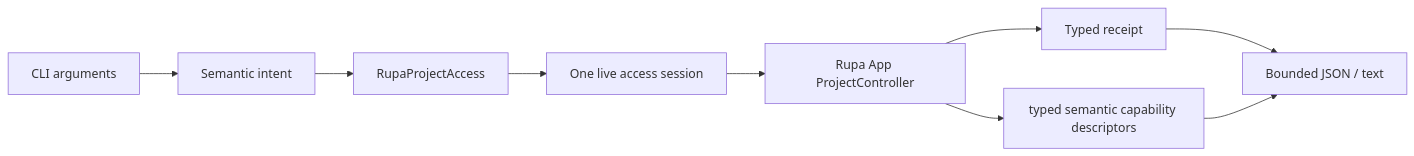
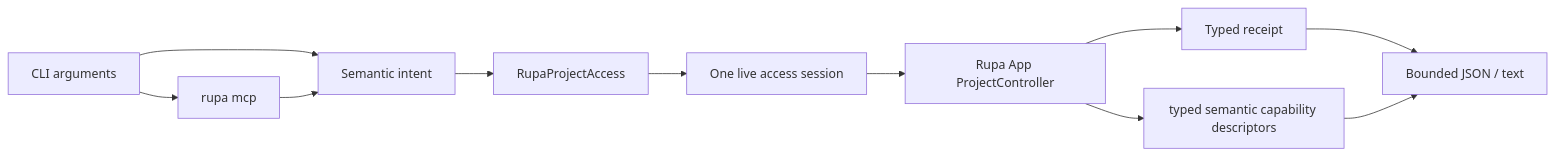
The first of 2 diagrams in RupaKit/Sources/RupaCLIKit/DESIGN.md (1amageek/Rupa), drawn with Mermaid before and after one commit. The commit also changed other lines of this file and 6 other files, not shown here.

Commit message:
Define Rupa MCP integration contract

````diff
--- a/RupaKit/Sources/RupaCLIKit/DESIGN.md
+++ b/RupaKit/Sources/RupaCLIKit/DESIGN.md
@@ -34,11 +36,13 @@
 ```mermaid
 flowchart LR
     Args["CLI arguments"] --> Intent["Semantic intent"]
+    Args --> MCP["rupa mcp"]
+    MCP --> Intent
     Intent --> Access["RupaProjectAccess"]
     Access --> Session["One live access session"]
     Session --> App["Rupa App ProjectController"]
     App --> Result["Typed receipt"]
     Result --> Output["Bounded JSON / text"]
     App --> Discovery["typed semantic capability descriptors"]
     Discovery --> Output
 ```
````
